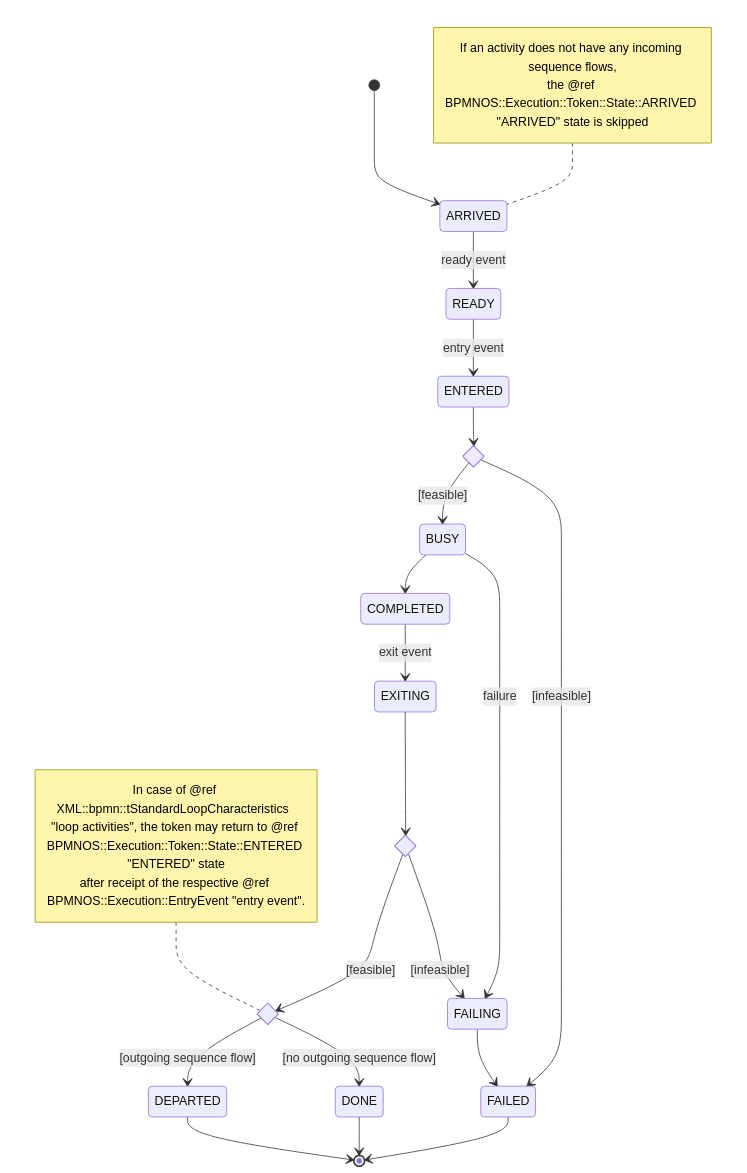
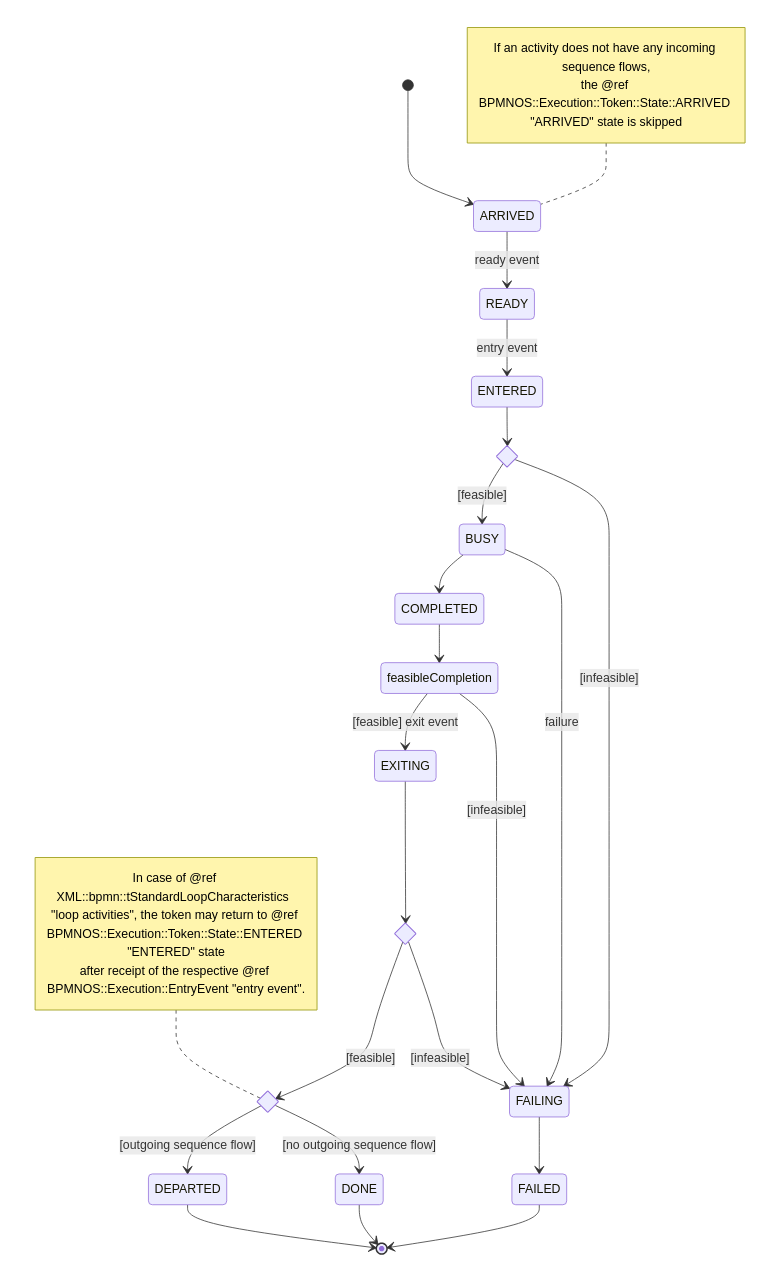
Before and after one commit to bpmn-os/bpmnos-engine: the diagram in docs/md/logic/token_flow_logic_subprocesses.md, drawn with Mermaid. The commit also changed other lines of this file and 17 other files, not shown here.

```diff
--- a/docs/md/logic/token_flow_logic_subprocesses.md
+++ b/docs/md/logic/token_flow_logic_subprocesses.md
@@ -13,32 +13,34 @@
 <pre class="mermaid">
 stateDiagram-v2
     state feasibleEntry <<choice>>
     state feasibleExit <<choice>>
     state departure <<choice>>
     [*] --> ARRIVED
     note left of ARRIVED
       If an activity does not have any incoming sequence flows,
       the @ref BPMNOS::Execution::Token::State::ARRIVED "ARRIVED" state is skipped
     end note
     ARRIVED --> READY: ready event
     READY --> ENTERED: entry event
     ENTERED --> feasibleEntry
     feasibleEntry --> BUSY: [feasible]
-    feasibleEntry --> FAILED: [infeasible]
+    feasibleEntry --> FAILING: [infeasible]
     BUSY --> COMPLETED
     BUSY --> FAILING: failure
-    COMPLETED --> EXITING: exit event
+    COMPLETED --> feasibleCompletion
+    feasibleCompletion --> EXITING: [feasible] exit event
+    feasibleCompletion --> FAILING: [infeasible]
     EXITING --> feasibleExit
     feasibleExit --> departure: [feasible]
     note left of departure
       In case of @ref XML::bpmn::tStandardLoopCharacteristics  "loop activities", the token may return to @ref BPMNOS::Execution::Token::State::ENTERED "ENTERED" state
       after receipt of the respective @ref BPMNOS::Execution::EntryEvent "entry event".
     end note
     feasibleExit --> FAILING: [infeasible]
     departure --> DEPARTED: [outgoing sequence flow]
     departure --> DONE: [no outgoing sequence flow]
     DEPARTED --> [*]
     DONE --> [*]
     FAILING --> FAILED
     FAILED --> [*]
 </pre>
```
